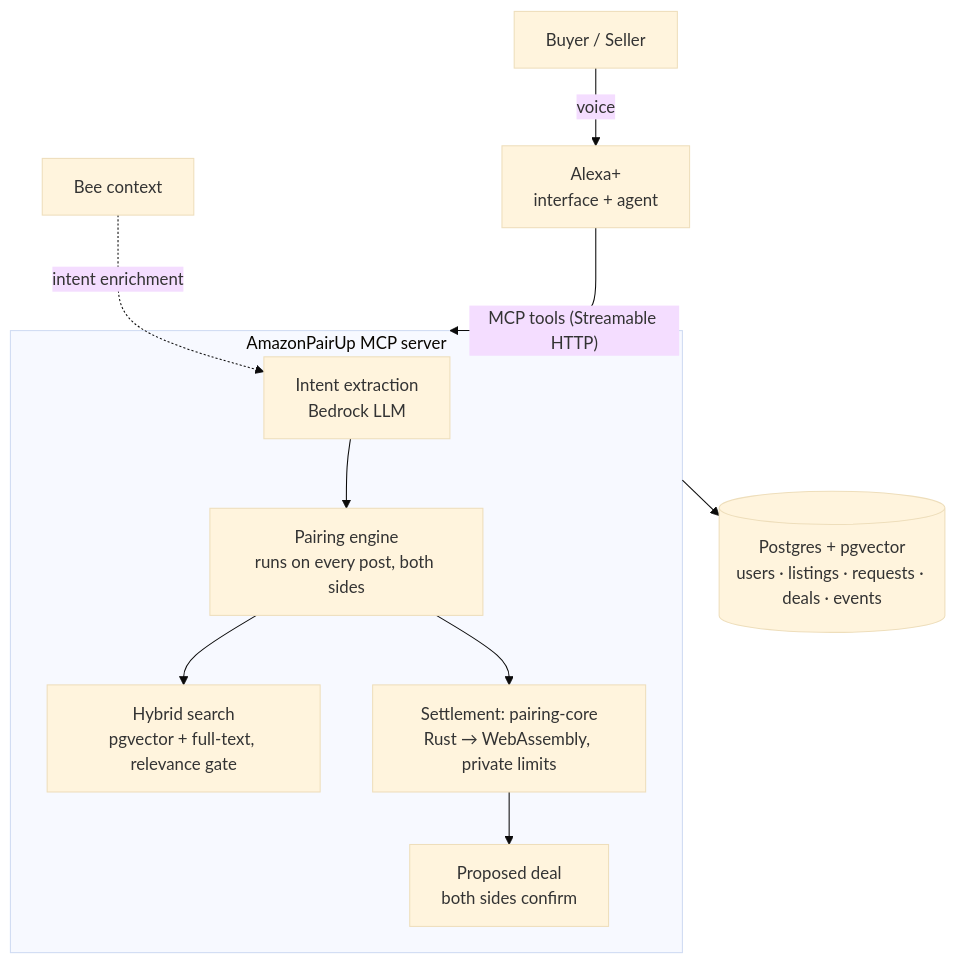
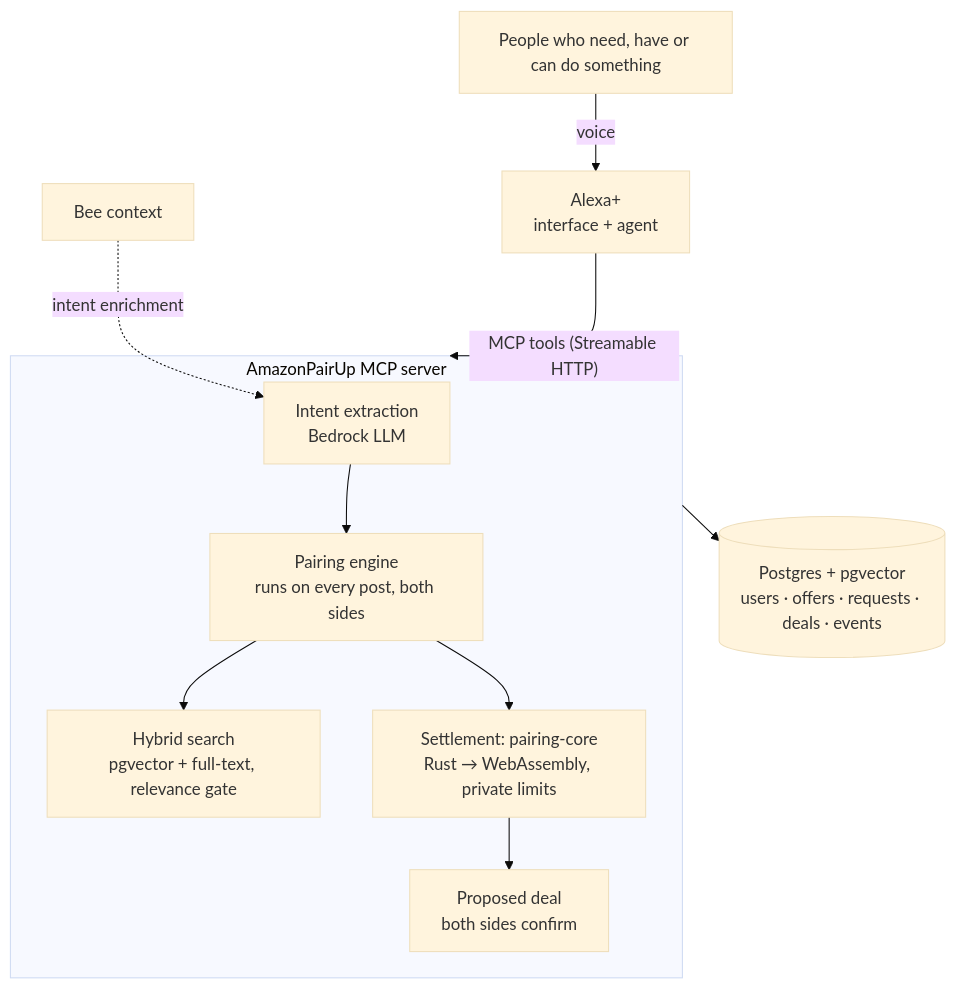
The diagram in README.md (adamchoi787/amazon-pair-up), drawn with Mermaid (base theme) before and after one commit. The commit also changed other lines of this file and 38 other files, not shown here.

````diff
--- a/README.md
+++ b/README.md
@@ -69,13 +73,13 @@
 ```mermaid
 flowchart TB
-  U[Buyer / Seller] -- voice --> A[Alexa+<br/>interface + agent]
+  U[People who need, have or can do something] -- voice --> A[Alexa+<br/>interface + agent]
   A -- "MCP tools (Streamable HTTP)" --> S
   subgraph S["AmazonPairUp MCP server"]
     I[Intent extraction<br/>Bedrock LLM] --> P[Pairing engine<br/>runs on every post, both sides]
     P --> H[Hybrid search<br/>pgvector + full-text, relevance gate]
     P --> N[Settlement: pairing-core<br/>Rust → WebAssembly, private limits]
     N --> D[Proposed deal<br/>both sides confirm]
   end
-  S --> DB[(Postgres + pgvector<br/>users · listings · requests · deals · events)]
+  S --> DB[(Postgres + pgvector<br/>users · offers · requests · deals · events)]
   B[Bee context] -. intent enrichment .-> I
 ```
````
